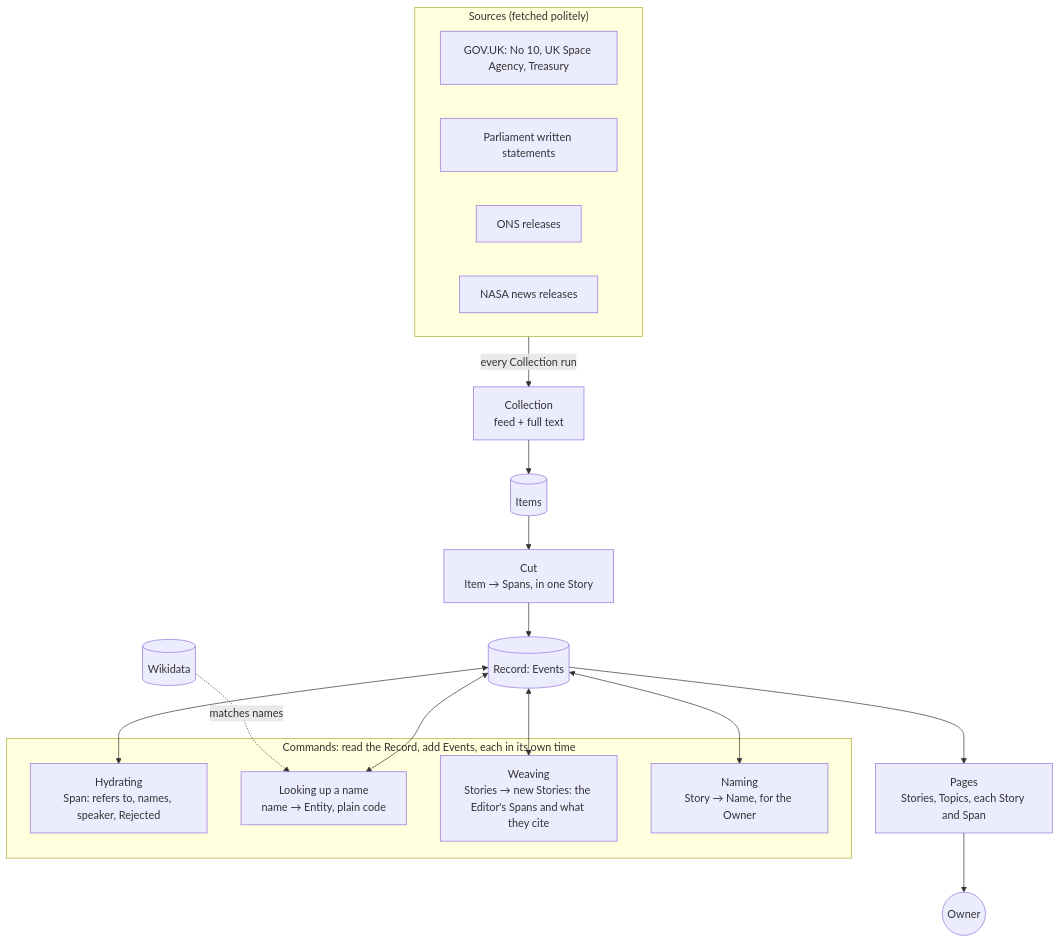
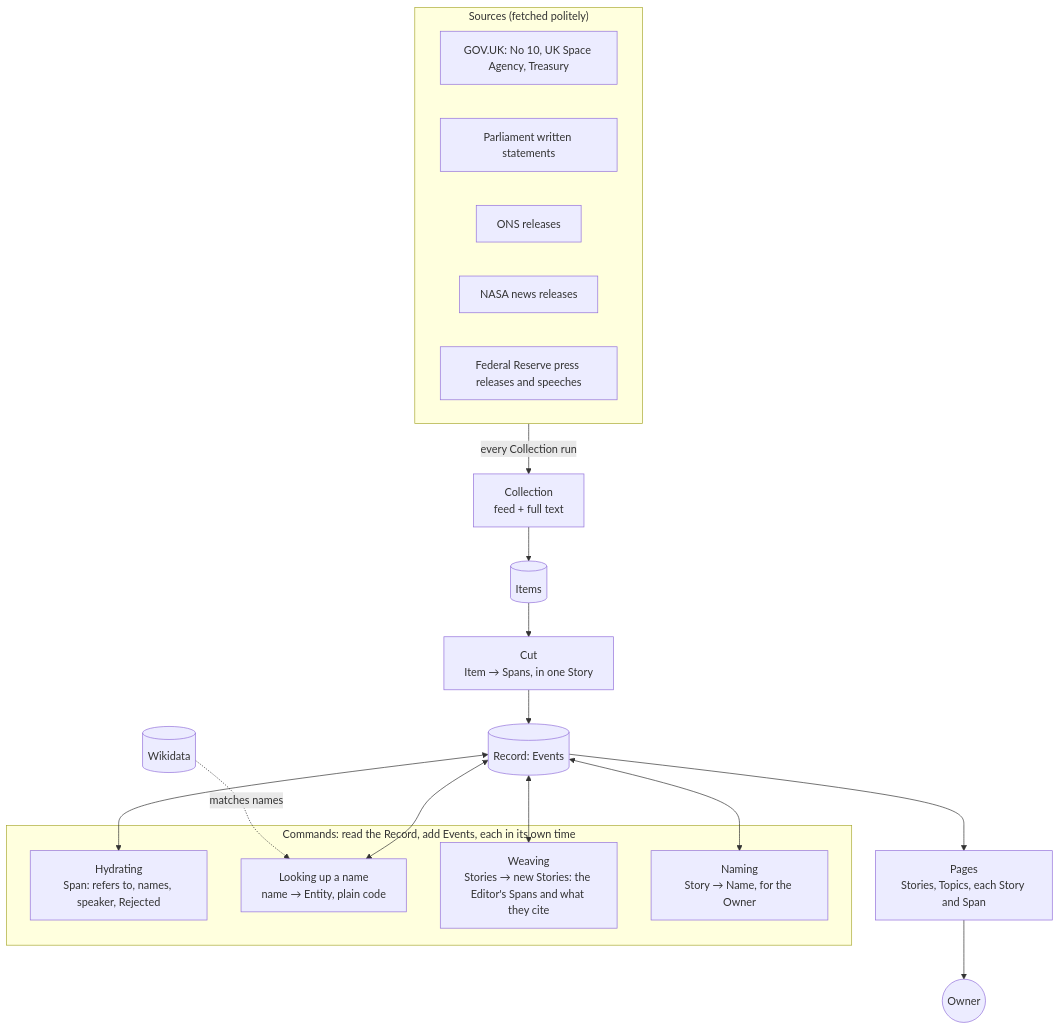
The diagram in README.md (samthorold/go-slow), drawn with Mermaid before and after one commit. The commit also changed 12 other files, not shown here.

````diff
--- a/README.md
+++ b/README.md
@@ -13,30 +13,31 @@
 ```mermaid
 flowchart TD
     subgraph Sources["Sources (fetched politely)"]
         GOV[GOV.UK: No 10, UK Space Agency, Treasury]
         PARL[Parliament written statements]
         ONS[ONS releases]
         NASA[NASA news releases]
+        FED[Federal Reserve press releases and speeches]
     end
 
     Sources -->|every Collection run| COLLECT[Collection<br/>feed + full text]
     COLLECT --> ITEMS[(Items)]
     ITEMS --> CUT[Cut<br/>Item → Spans, in one Story]
     CUT --> RECORD[(Record: Events)]
 
     subgraph Commands["Commands: read the Record, add Events, each in its own time"]
         HYDRATE[Hydrating<br/>Span: refers to, names, speaker, Rejected]
         LOOKUP[Looking up a name<br/>name → Entity, plain code]
         WEAVE[Weaving<br/>Stories → new Stories: the Editor's Spans and what they cite]
         NAME[Naming<br/>Story → Name, for the Owner]
     end
 
     RECORD <--> HYDRATE
     RECORD <--> LOOKUP
     RECORD <--> WEAVE
     RECORD <--> NAME
     WD[(Wikidata)] -.->|matches names| LOOKUP
 
     RECORD --> PAGES[Pages<br/>Stories, Topics, each Story and Span]
     PAGES --> OWNER((Owner))
 ```
````
